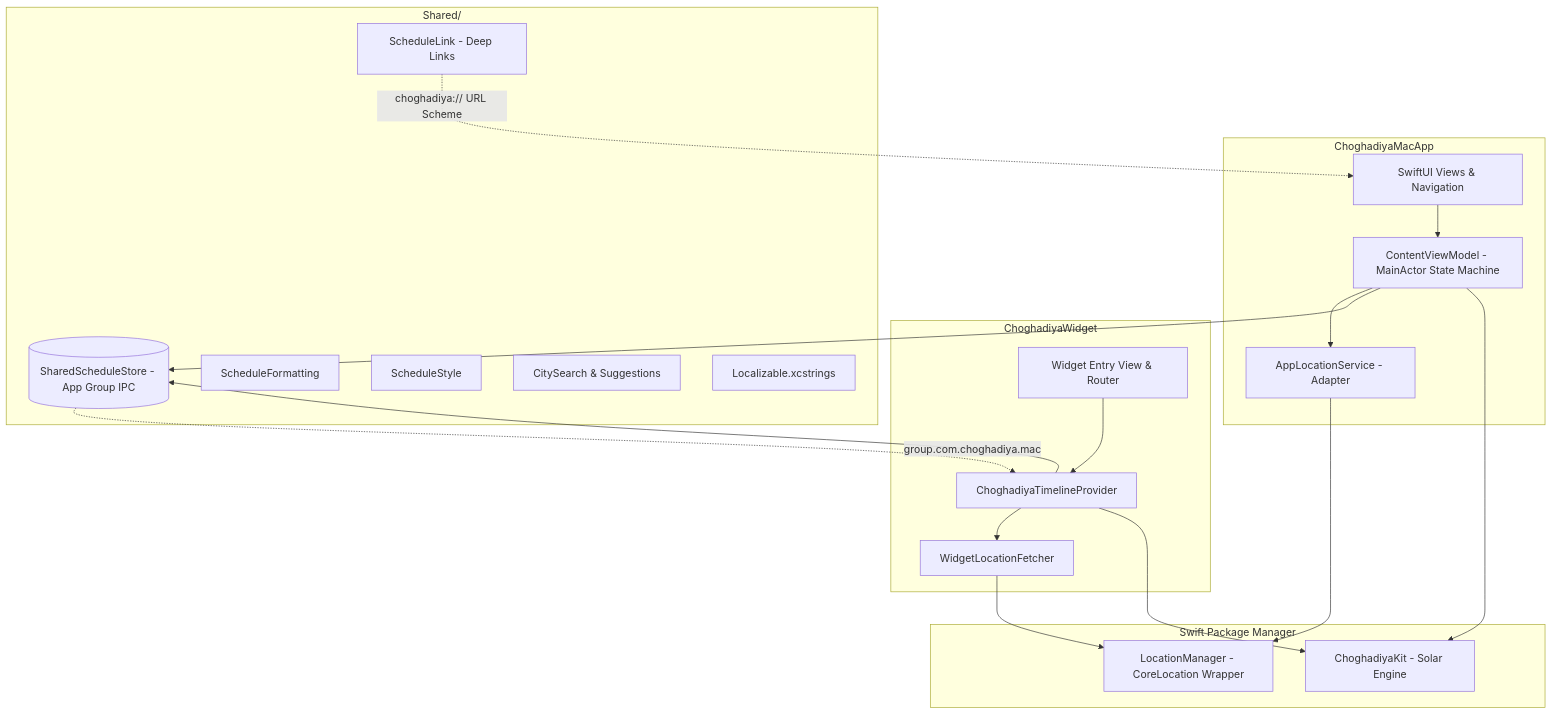
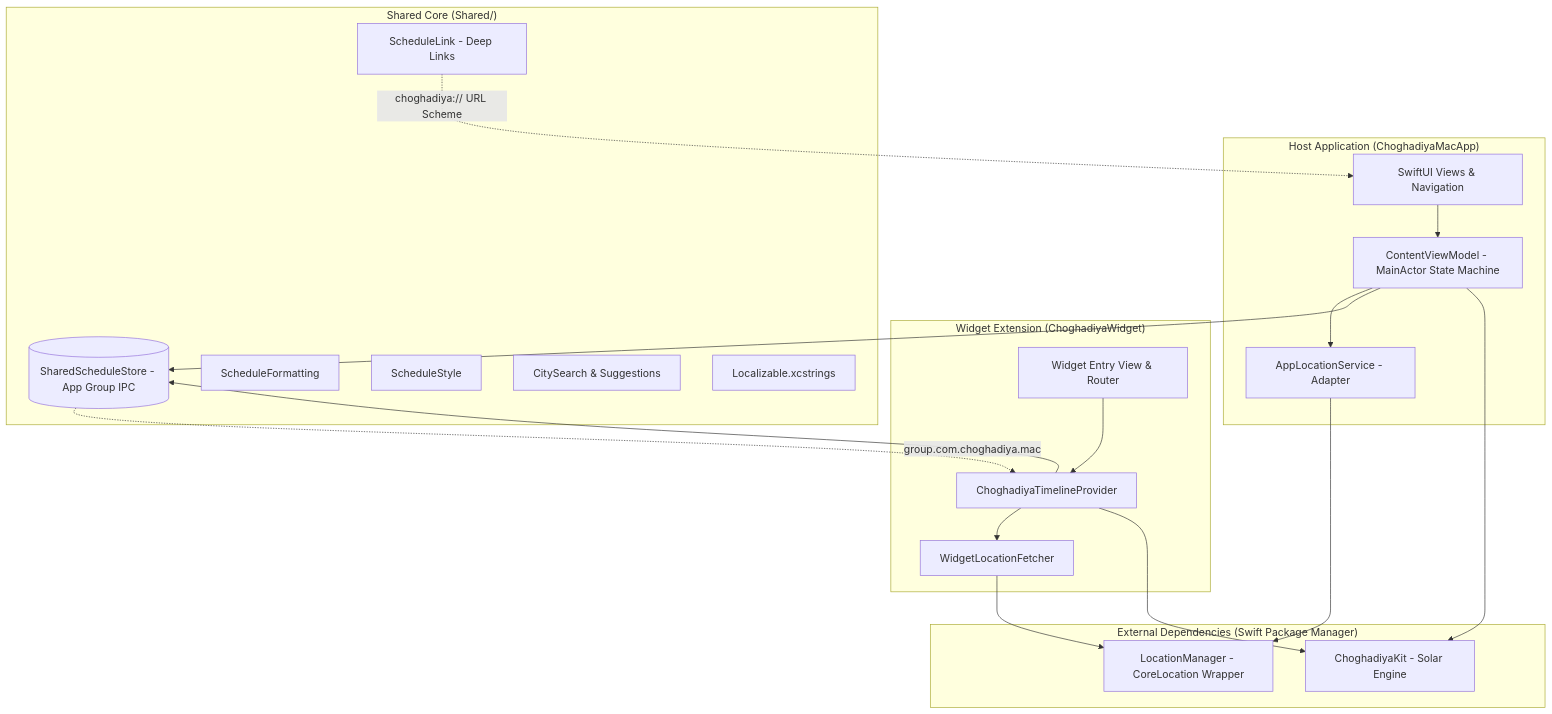
One commit to bhargavkukadiya/ChoghadiyaMac changed the diagram in README.md. Above: the diagram before and after it, drawn with Mermaid. The commit also changed other lines of this file and 5 other files, not shown here.

````diff
--- a/README.md
+++ b/README.md
@@ -132,43 +132,43 @@
 ```mermaid
 graph TD
-    subgraph Host Application [ChoghadiyaMacApp]
+    subgraph HostApp["Host Application (ChoghadiyaMacApp)"]
         AppUI[SwiftUI Views & Navigation]
         CVM[ContentViewModel - MainActor State Machine]
         ALS[AppLocationService - Adapter]
     end
 
-    subgraph Widget Extension [ChoghadiyaWidget]
+    subgraph WidgetExtension["Widget Extension (ChoghadiyaWidget)"]
         WEntry[Widget Entry View & Router]
         WTP[ChoghadiyaTimelineProvider]
         WLF[WidgetLocationFetcher]
     end
 
-    subgraph Shared Core Framework [Shared/]
+    subgraph SharedCore["Shared Core (Shared/)"]
         SSS[(SharedScheduleStore - App Group IPC)]
         SF[ScheduleFormatting]
         SS[ScheduleStyle]
         SL[ScheduleLink - Deep Links]
         CS[CitySearch & Suggestions]
         Strings[Localizable.xcstrings]
     end
 
-    subgraph External Dependencies [Swift Package Manager]
+    subgraph Dependencies["External Dependencies (Swift Package Manager)"]
         CK[ChoghadiyaKit - Solar Engine]
         LM[LocationManager - CoreLocation Wrapper]
     end
 
     AppUI --> CVM
     CVM --> ALS
     CVM --> SSS
     CVM --> CK
     ALS --> LM
 
     WEntry --> WTP
     WTP --> WLF
     WTP --> SSS
     WTP --> CK
     WLF --> LM
 
     SSS -.->|group.com.choghadiya.mac| WTP
     SL -.->|choghadiya:// URL Scheme| AppUI
 ```
````
